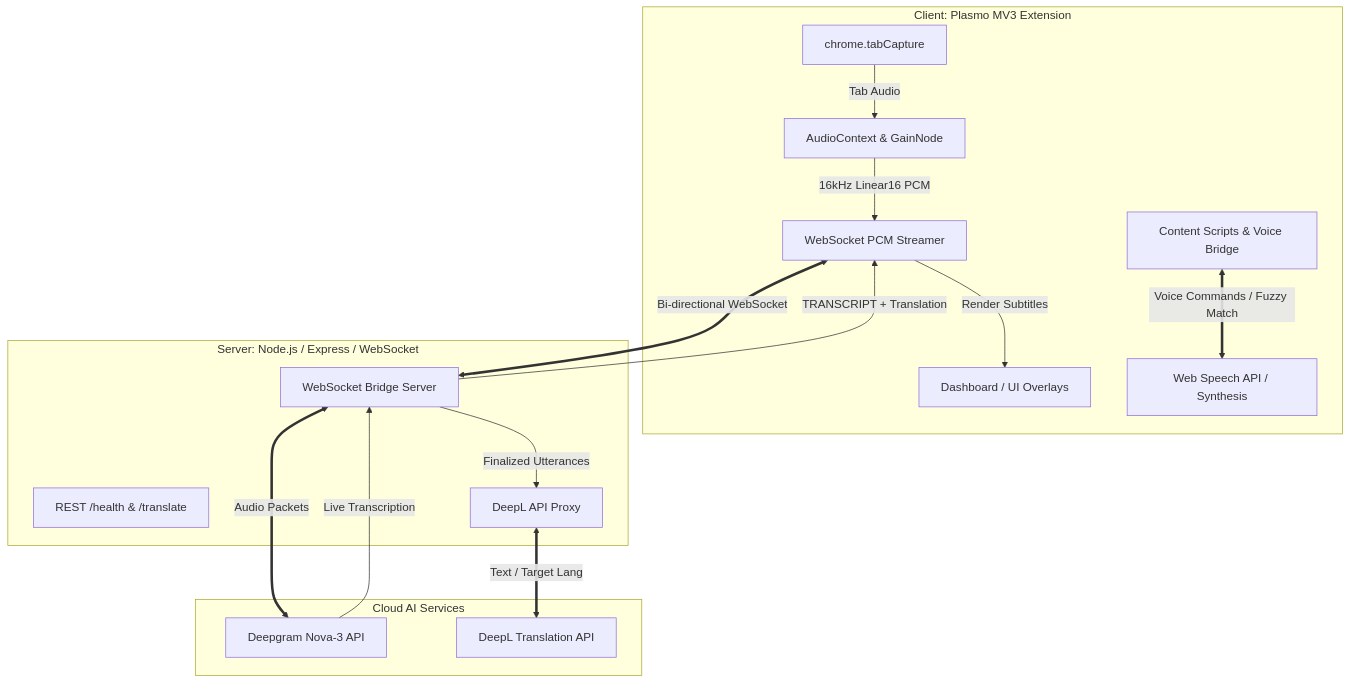
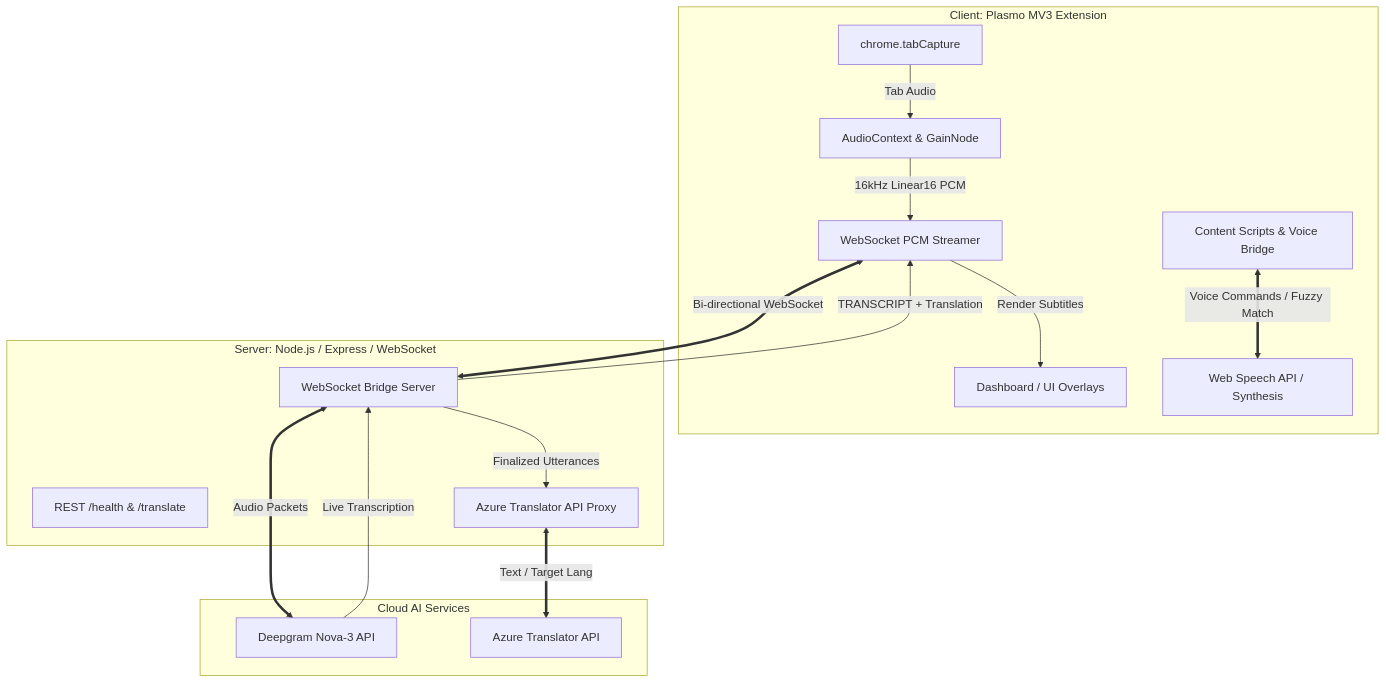
The diagram in README.md (bulsu-kdlantolin/sensa-chrome-extension), drawn with Mermaid before and after one commit. The commit also changed other lines of this file and 4 other files, not shown here.

````diff
--- a/README.md
+++ b/README.md
@@ -69,33 +69,33 @@
 ```mermaid
 graph TD
     subgraph Chrome Extension [Client: Plasmo MV3 Extension]
         UI[Dashboard / UI Overlays]
         TC[chrome.tabCapture]
         AC[AudioContext & GainNode]
         STT_Client[WebSocket PCM Streamer]
         TTS[Web Speech API / Synthesis]
         DOM[Content Scripts & Voice Bridge]
     end
 
     subgraph Backend Server [Server: Node.js / Express / WebSocket]
         WSS[WebSocket Bridge Server]
         REST[REST /health & /translate]
-        DeepL_Proxy[DeepL API Proxy]
+        Azure_Proxy[Azure Translator API Proxy]
     end
 
     subgraph Cloud AI Services
         DG[Deepgram Nova-3 API]
-        DL[DeepL Translation API]
+        AZ[Azure Translator API]
     end
 
     TC -->|Tab Audio| AC
     AC -->|16kHz Linear16 PCM| STT_Client
     STT_Client <==>|Bi-directional WebSocket| WSS
     WSS <==>|Audio Packets| DG
     DG -->|Live Transcription| WSS
-    WSS -->|Finalized Utterances| DeepL_Proxy
-    DeepL_Proxy <==>|Text / Target Lang| DL
+    WSS -->|Finalized Utterances| Azure_Proxy
+    Azure_Proxy <==>|Text / Target Lang| AZ
     WSS -->|TRANSCRIPT + Translation| STT_Client
     STT_Client -->|Render Subtitles| UI
     DOM <==>|Voice Commands / Fuzzy Match| TTS
 ```
````
